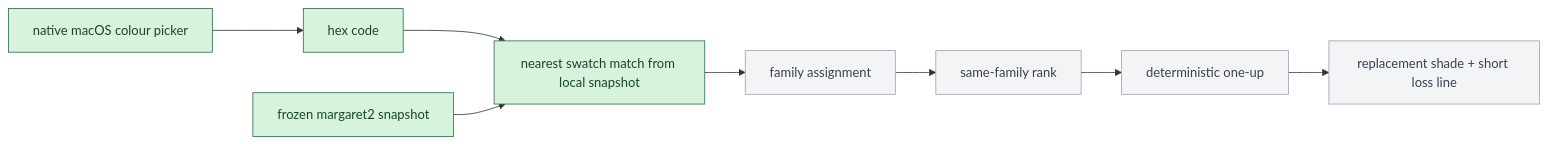
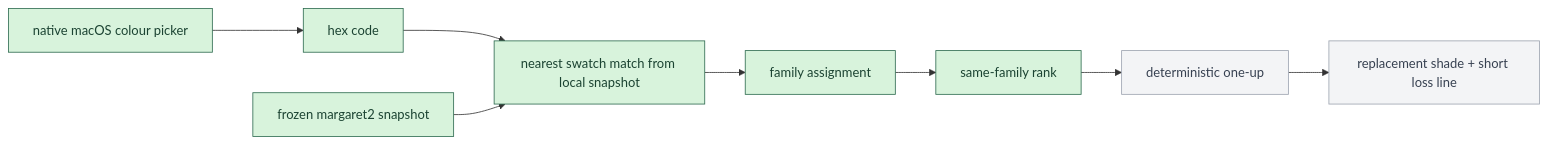
Before and after one commit to tryskian/huemiliator: the diagram in docs/diagrams/PIPELINE.md, drawn with Mermaid. The commit also changed other lines of this file and 14 other files, not shown here.

````diff
--- a/docs/diagrams/PIPELINE.md
+++ b/docs/diagrams/PIPELINE.md
@@ -8,19 +9,19 @@
 ```mermaid
 flowchart LR
   A["native macOS colour picker"]
   B["hex code"]
   S["frozen margaret2 snapshot"]
   C["nearest swatch match from local snapshot"]
   D["family assignment"]
   E["same-family rank"]
   F["deterministic one-up"]
   G["replacement shade + short loss line"]
 
   A --> B --> C --> D --> E --> F --> G
   S --> C
 
   classDef implemented fill:#d8f3dc,stroke:#2d6a4f,color:#1b4332
   classDef pending fill:#f3f4f6,stroke:#9ca3af,color:#374151
-  class A,B,S,C implemented
-  class D,E,F,G pending
+  class A,B,S,C,D,E implemented
+  class F,G pending
 ```
````
